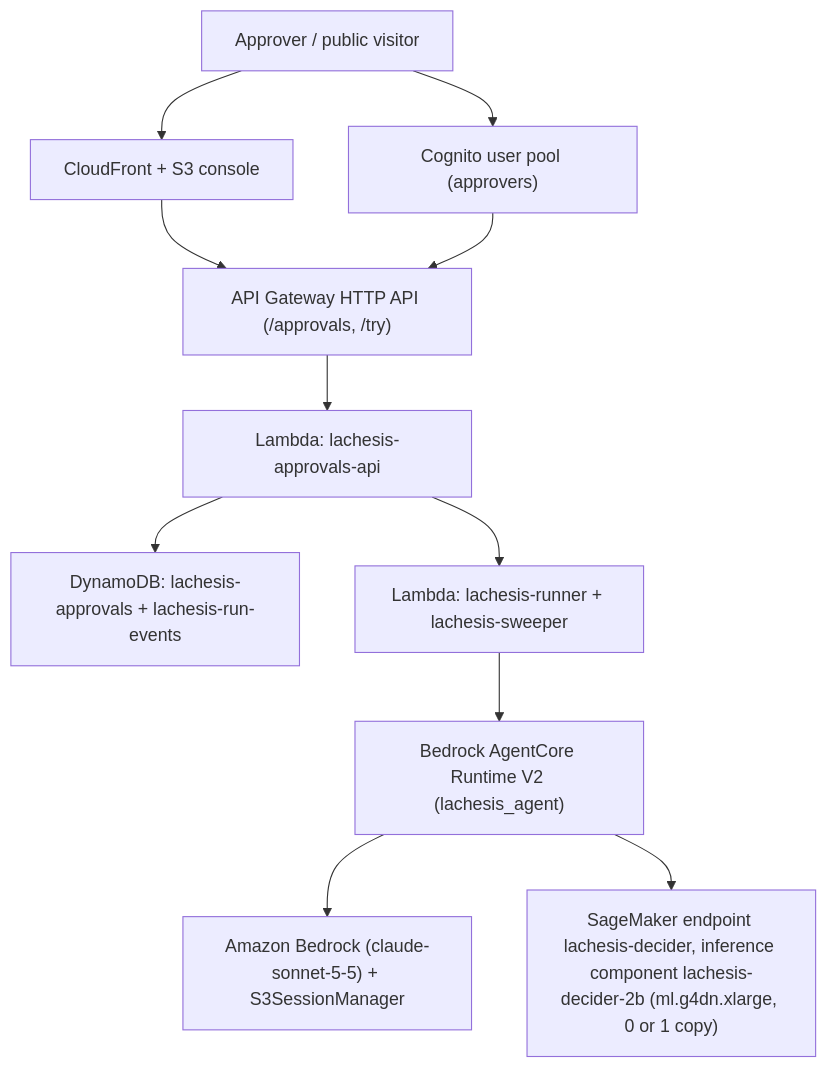
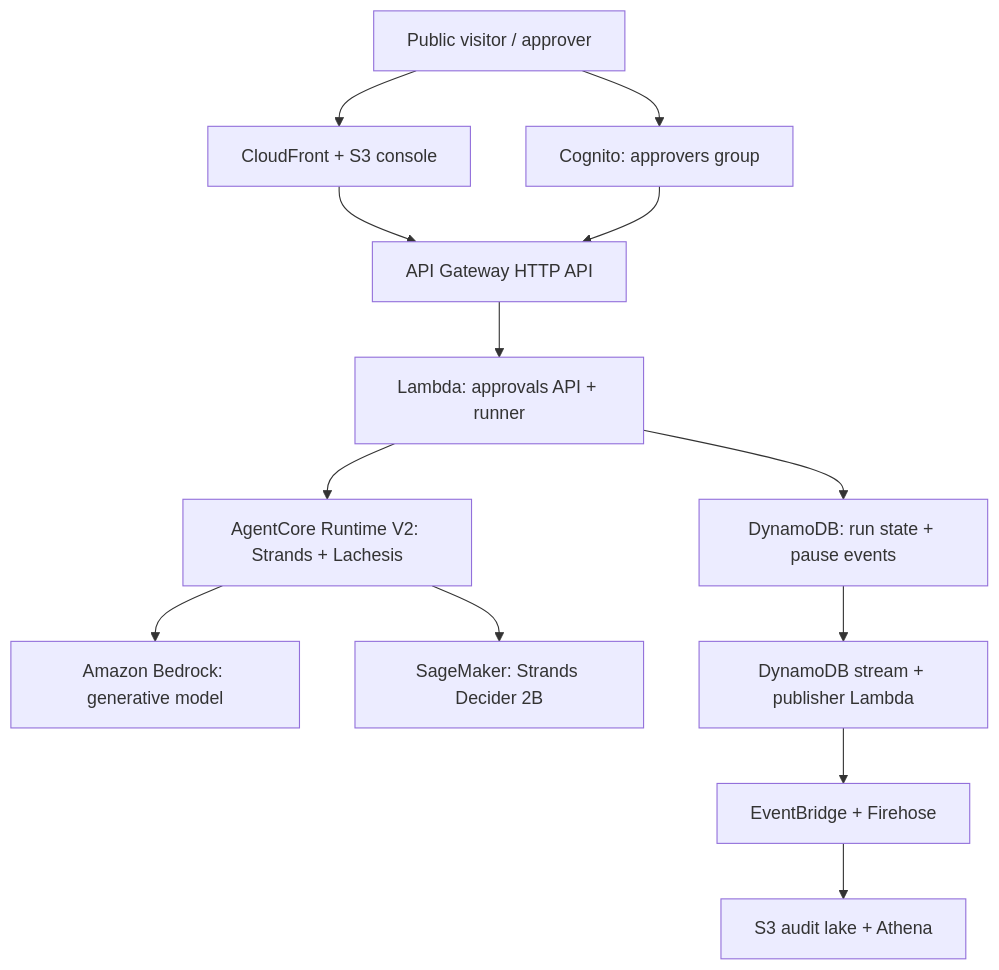
Before and after one commit to upgradedev/lachesis-guard: the second of 3 diagrams in README.md, drawn with Mermaid. The commit also changed other lines of this file and 6 other files, not shown here.

````diff
--- a/README.md
+++ b/README.md
@@ -264,13 +192,15 @@
 ```mermaid
 flowchart TB
-    U["Approver / public visitor"] --> CF["CloudFront + S3 console"]
-    U --> COG["Cognito user pool (approvers)"]
-    CF --> API["API Gateway HTTP API (/approvals, /try)"]
-    COG --> API
-    API --> LAPI["Lambda: lachesis-approvals-api"]
-    LAPI --> DDB["DynamoDB: lachesis-approvals + lachesis-run-events"]
-    LAPI --> LRUN["Lambda: lachesis-runner + lachesis-sweeper"]
-    LRUN --> AC["Bedrock AgentCore Runtime V2 (lachesis_agent)"]
-    AC --> BR["Amazon Bedrock (claude-sonnet-5-5) + S3SessionManager"]
-    AC --> SM["SageMaker endpoint lachesis-decider, inference component lachesis-decider-2b (ml.g4dn.xlarge, 0 or 1 copy)"]
+    V["Public visitor / approver"] --> UI["CloudFront + S3 console"]
+    V --> AUTH["Cognito: approvers group"]
+    UI --> API["API Gateway HTTP API"]
+    AUTH --> API
+    API --> L["Lambda: approvals API + runner"]
+    L --> DB["DynamoDB: run state + pause events"]
+    L --> AC["AgentCore Runtime V2: Strands + Lachesis"]
+    AC --> BR["Amazon Bedrock: generative model"]
+    AC --> SM["SageMaker: Strands Decider 2B"]
+    DB --> PUB["DynamoDB stream + publisher Lambda"]
+    PUB --> BUS["EventBridge + Firehose"]
+    BUS --> LAKE["S3 audit lake + Athena"]
 ```
````
